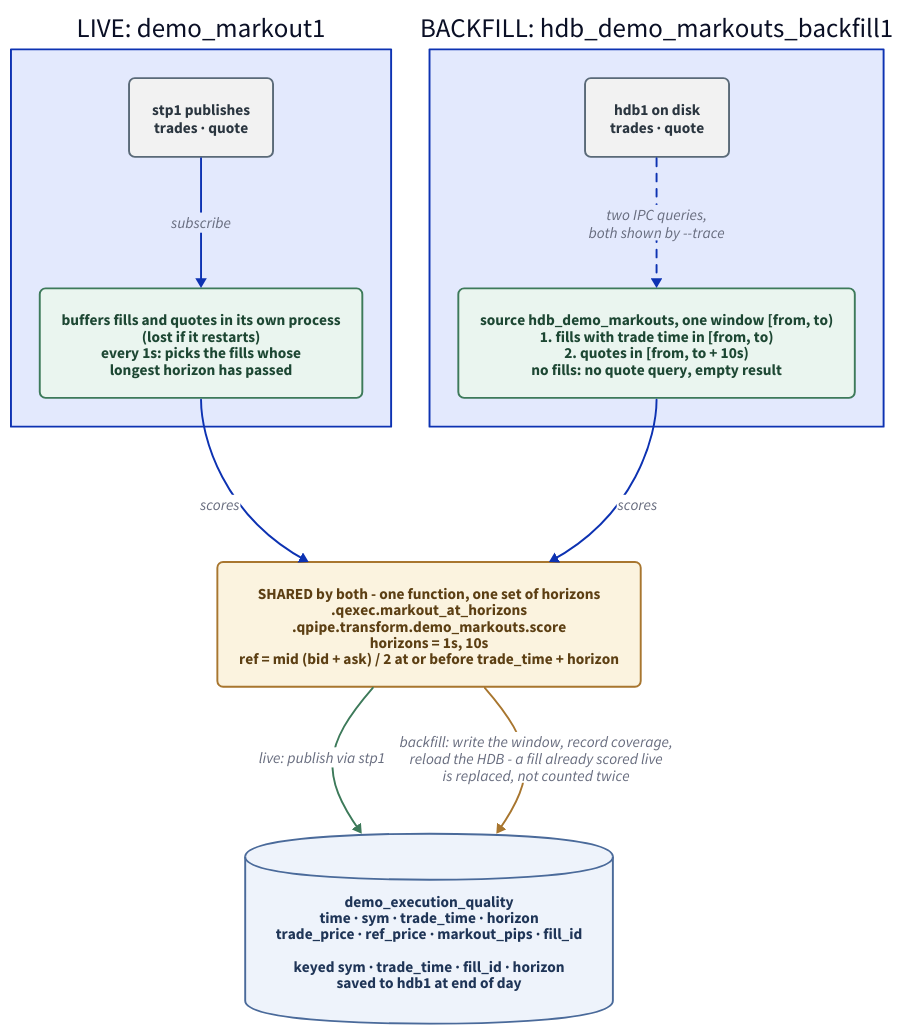
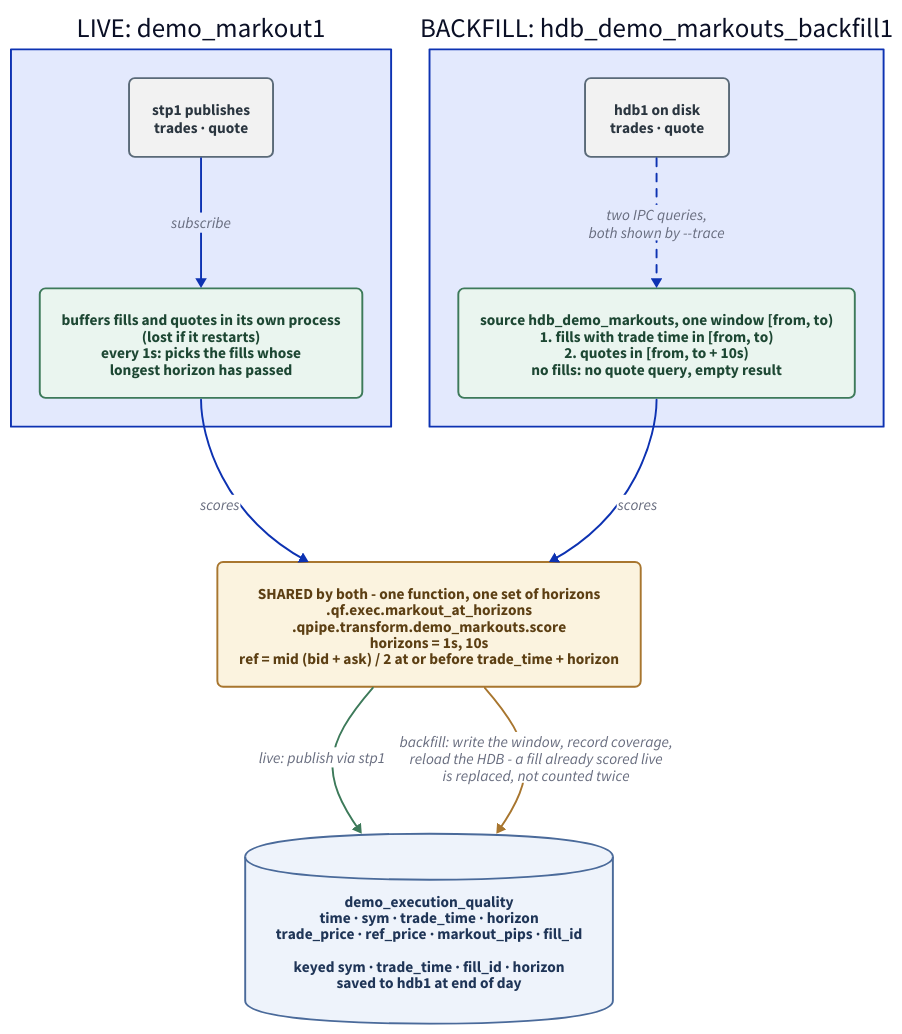
Before and after one commit to kwojdalski/uqf: the diagram in docs/diagrams/markouts.d2, drawn with D2. The commit also changed 199 other files, not shown here.

```diff
--- a/docs/diagrams/markouts.d2
+++ b/docs/diagrams/markouts.d2
@@ -1,81 +1,81 @@
 # markouts.d2 - how a fill gets marked out: live, or backfilled from the HDB.
 #
 # Rendered by scripts/generate/render_diagrams.py, which CI runs with
 # --check. Embedded from docs/services/markouts.md.
 #
 # WHAT THIS DIAGRAM IS FOR. Two jobs write demo_execution_quality, and the thing
 # worth seeing is what they SHARE: one scoring function and one set of
 # horizons, drawn once in the middle with both paths running through it.
 # That is why a fill scored by both comes out identical, and why the table's
 # key (sym, trade_time, fill_id, horizon) can replace one with the other instead of
 # counting the fill twice. The live path is on the left, as it happens; the
 # backfill on the right, as it reads what the live path left on disk.
 
 direction: down
 
 vars: {
   d2-config: {
     pad: 40
   }
 }
 
 classes: {
   job: {
     style: {
       fill: "#eaf5ef"
       stroke: "#3d7a5a"
       font-color: "#1d4733"
       border-radius: 6
     }
   }
   table: {
     shape: cylinder
     style: {
       fill: "#eef3fb"
       stroke: "#4a6a9a"
       font-color: "#1f3557"
     }
   }
   shared: {
     style: {
       fill: "#fbf3df"
       stroke: "#a8762f"
       font-color: "#5c3f13"
       border-radius: 6
       stroke-width: 2
     }
   }
   store: {
     style: {
       fill: "#f2f2f2"
       stroke: "#5a6a78"
       font-color: "#2b3640"
       border-radius: 6
     }
   }
 }
 
 live: "LIVE: demo_markout1" {
   tp: "stp1 publishes\ntrades · quote" { class: store }
   buffer: "buffers fills and quotes in its own process\n(lost if it restarts)\nevery 1s: picks the fills whose\nlongest horizon has passed" { class: job }
   tp -> buffer: "subscribe"
 }
 
 backfill: "BACKFILL: hdb_demo_markouts_backfill1" {
   hdb: "hdb1 on disk\ntrades · quote" { class: store }
   query: "source hdb_demo_markouts, one window [from, to)\n1. fills with trade time in [from, to)\n2. quotes in [from, to + 10s)\nno fills: no quote query, empty result" { class: job }
   hdb -> query: "two IPC queries,\nboth shown by --trace" { style.stroke-dash: 4 }
 }
 
-scoring: "SHARED by both - one function, one set of horizons\n.qexec.markout_at_horizons\n.qpipe.transform.demo_markouts.score\nhorizons = 1s, 10s\nref = mid (bid + ask) / 2 at or before trade_time + horizon" { class: shared }
+scoring: "SHARED by both - one function, one set of horizons\n.qf.exec.markout_at_horizons\n.qpipe.transform.demo_markouts.score\nhorizons = 1s, 10s\nref = mid (bid + ask) / 2 at or before trade_time + horizon" { class: shared }
 
 eq: "demo_execution_quality\ntime · sym · trade_time · horizon\ntrade_price · ref_price · markout_pips · fill_id\n\nkeyed sym · trade_time · fill_id · horizon\nsaved to hdb1 at end of day" { class: table }
 
 live.buffer -> scoring: "scores"
 backfill.query -> scoring: "scores"
 scoring -> eq: "live: publish via stp1" {
   style.stroke: "#3d7a5a"
 }
 scoring -> eq: "backfill: write the window, record coverage,\nreload the HDB - a fill already scored live\nis replaced, not counted twice" {
   style.stroke: "#a8762f"
 }
```
